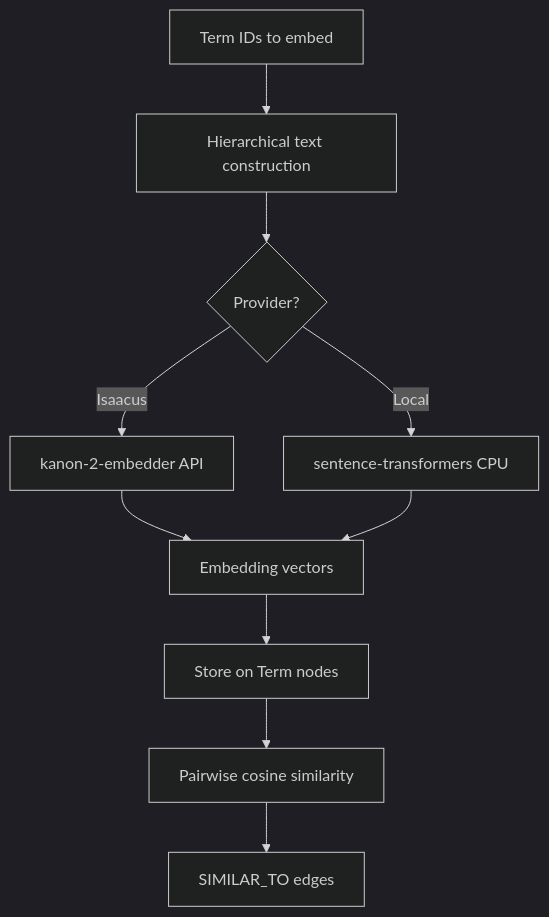
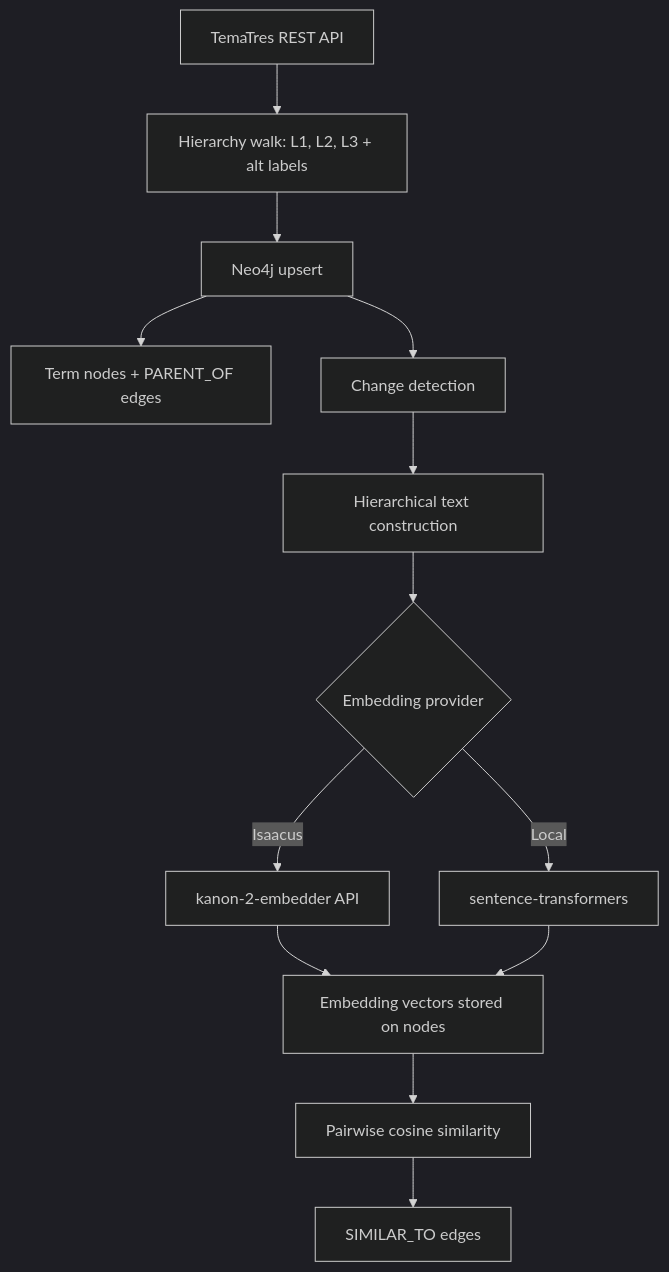
Before and after one commit to DeepCivic/AGIFT-graph-builder: the diagram in TECHNICAL.md, drawn with Mermaid (dark theme). The commit also changed other lines of this file, not shown here.

````diff
--- a/TECHNICAL.md
+++ b/TECHNICAL.md
@@ -187,12 +79,15 @@
 ```mermaid
 flowchart TD
-    G[Term IDs to embed] --> H[Hierarchical text construction]
-    H --> I{Provider?}
-    I -->|Isaacus| J[kanon-2-embedder API]
-    I -->|Local| K[sentence-transformers CPU]
-    J --> L[Embedding vectors]
-    K --> L
-    L --> M[Store on Term nodes]
-    M --> N[Pairwise cosine similarity]
-    N --> O[SIMILAR_TO edges]
+    A[TemaTres REST API] --> B[Hierarchy walk: L1, L2, L3 + alt labels]
+    B --> C[Neo4j upsert]
+    C --> D[Term nodes + PARENT_OF edges]
+    C --> E[Change detection]
+    E --> F[Hierarchical text construction]
+    F --> G{Embedding provider}
+    G -->|Isaacus| H[kanon-2-embedder API]
+    G -->|Local| I[sentence-transformers]
+    H --> J[Embedding vectors stored on nodes]
+    I --> J
+    J --> K[Pairwise cosine similarity]
+    K --> L[SIMILAR_TO edges]
 ```
````
